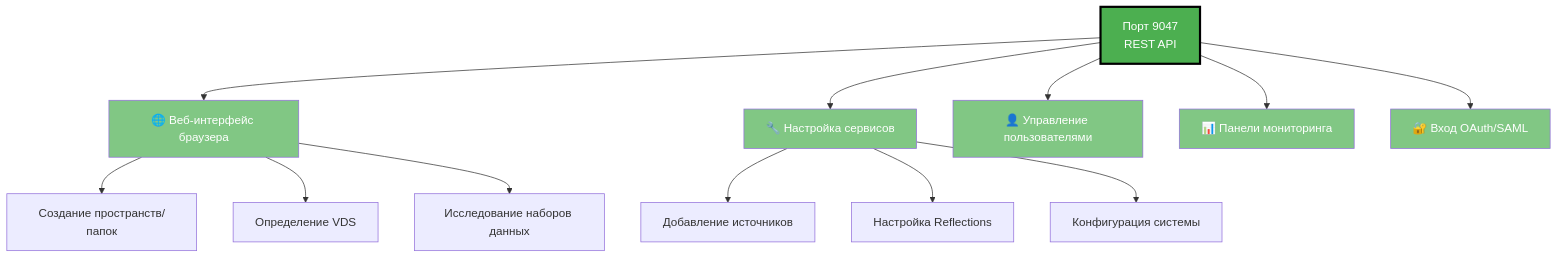
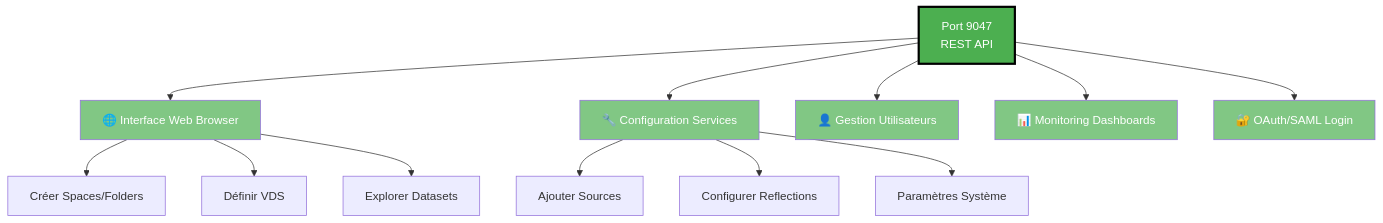
The fifth of 9 diagrams in docs/i18n/ru/architecture/dremio-ports-visual.md (Monsau/Talentys-OSS-Data-Platform), drawn with Mermaid before and after one commit. The commit also changed other lines of this file and 485 other files, not shown here.

First line of the commit message:
feat: v1.1.0 - Complete i18n roadmap, AI services, and data platform

````diff
--- a/docs/i18n/ru/architecture/dremio-ports-visual.md
+++ b/docs/i18n/ru/architecture/dremio-ports-visual.md
@@ -166,25 +166,25 @@
 ```mermaid
 graph TB
-    A[Порт 9047<br/>REST API]
+    A[Port 9047<br/>REST API]
     
-    A --> B1[🌐 Веб-интерфейс браузера]
-    A --> B2[🔧 Настройка сервисов]
-    A --> B3[👤 Управление пользователями]
-    A --> B4[📊 Панели мониторинга]
-    A --> B5[🔐 Вход OAuth/SAML]
+    A --> B1[🌐 Interface Web Browser]
+    A --> B2[🔧 Configuration Services]
+    A --> B3[👤 Gestion Utilisateurs]
+    A --> B4[📊 Monitoring Dashboards]
+    A --> B5[🔐 OAuth/SAML Login]
     
-    B1 --> C1[Создание пространств/папок]
-    B1 --> C2[Определение VDS]
-    B1 --> C3[Исследование наборов данных]
+    B1 --> C1[Créer Spaces/Folders]
+    B1 --> C2[Définir VDS]
+    B1 --> C3[Explorer Datasets]
     
-    B2 --> C4[Добавление источников]
-    B2 --> C5[Настройка Reflections]
-    B2 --> C6[Конфигурация системы]
+    B2 --> C4[Ajouter Sources]
+    B2 --> C5[Configurer Reflections]
+    B2 --> C6[Paramètres Système]
     
     style A fill:#4CAF50,color:#fff,stroke:#000,stroke-width:3px
     style B1 fill:#81C784,color:#fff
     style B2 fill:#81C784,color:#fff
     style B3 fill:#81C784,color:#fff
     style B4 fill:#81C784,color:#fff
     style B5 fill:#81C784,color:#fff
 ```
````
